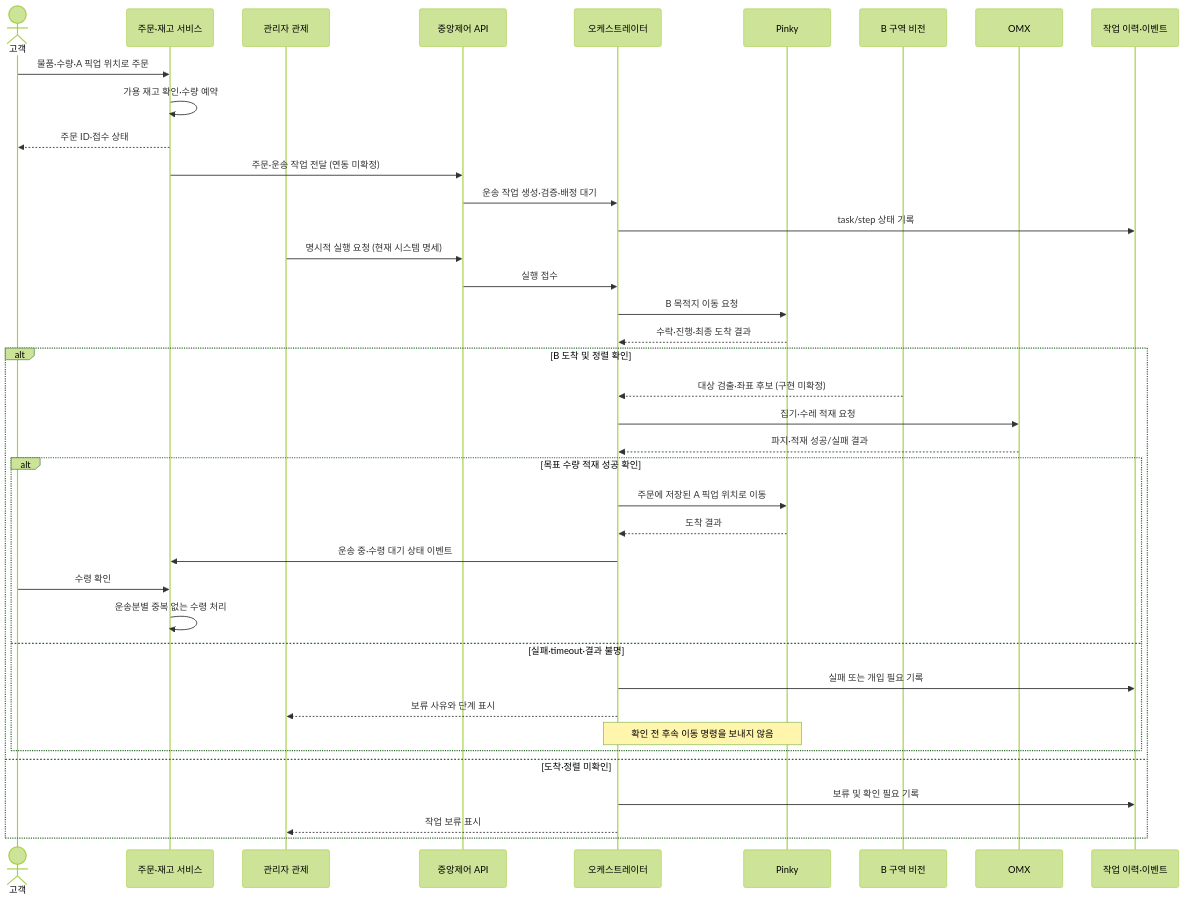
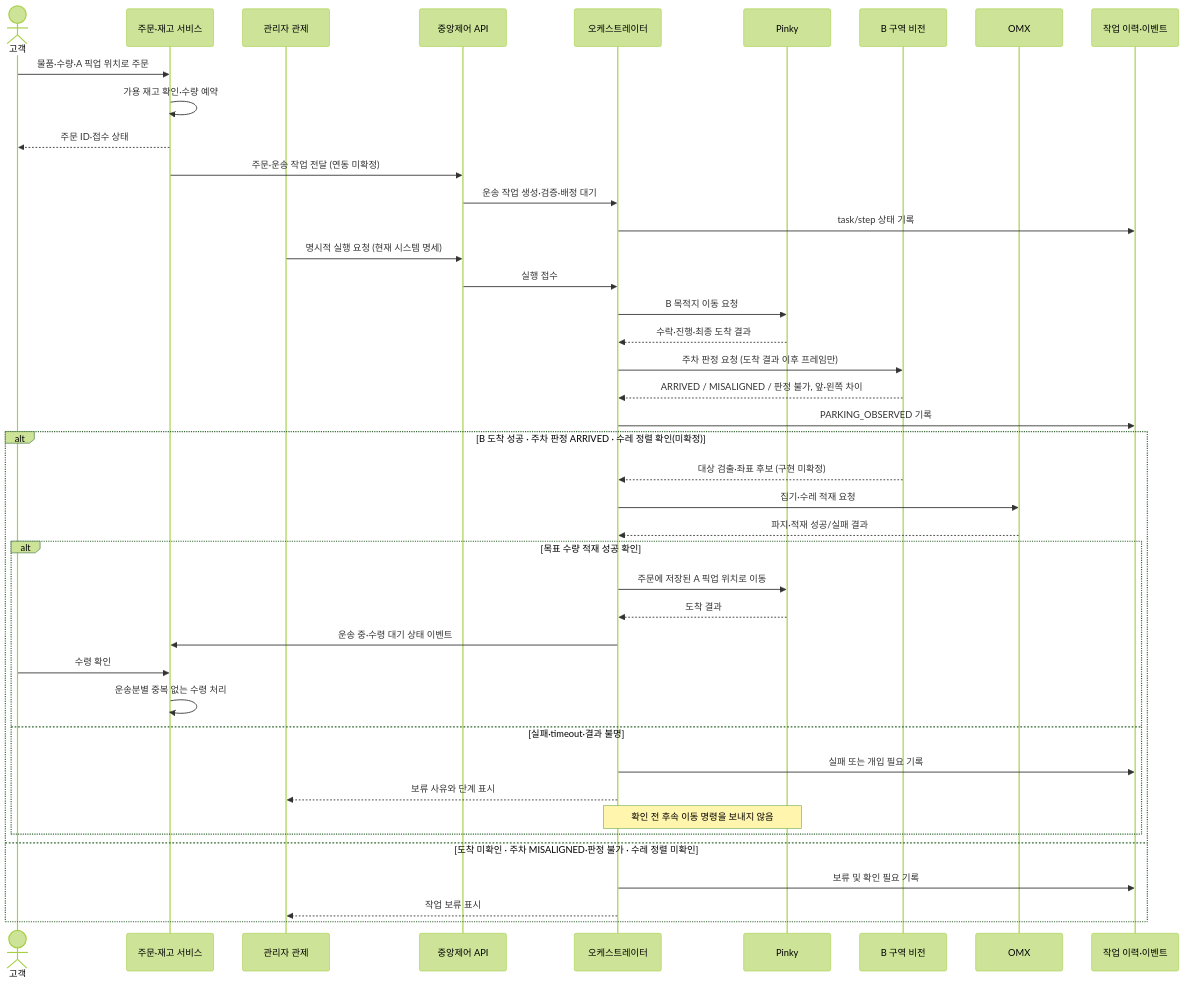
One commit to kernel-robot-8th/kernel-robot-repo-3 changed the third of 3 diagrams in docs/spec/data-flow.md. Above: the diagram before and after it, drawn with Mermaid (forest theme). The commit also changed other lines of this file and 14 other files, not shown here.

````diff
--- a/docs/spec/data-flow.md
+++ b/docs/spec/data-flow.md
@@ -145,43 +152,46 @@
 ```mermaid
 sequenceDiagram
     actor Customer as 고객
     participant Order as 주문·재고 서비스
     participant Admin as 관리자 관제
     participant API as 중앙제어 API
     participant O as 오케스트레이터
     participant P as Pinky
     participant V as B 구역 비전
     participant X as OMX
     participant H as 작업 이력·이벤트
 
     Customer->>Order: 물품·수량·A 픽업 위치로 주문
     Order->>Order: 가용 재고 확인·수량 예약
     Order-->>Customer: 주문 ID·접수 상태
     Order->>API: 주문·운송 작업 전달 (연동 미확정)
     API->>O: 운송 작업 생성·검증·배정 대기
     O->>H: task/step 상태 기록
     Admin->>API: 명시적 실행 요청 (현재 시스템 명세)
     API->>O: 실행 접수
     O->>P: B 목적지 이동 요청
     P-->>O: 수락·진행·최종 도착 결과
+    O->>V: 주차 판정 요청 (도착 결과 이후 프레임만)
+    V-->>O: ARRIVED / MISALIGNED / 판정 불가, 앞·왼쪽 차이
+    O->>H: PARKING_OBSERVED 기록
 
-    alt B 도착 및 정렬 확인
+    alt B 도착 성공 · 주차 판정 ARRIVED · 수레 정렬 확인(미확정)
         V-->>O: 대상 검출·좌표 후보 (구현 미확정)
         O->>X: 집기·수레 적재 요청
         X-->>O: 파지·적재 성공/실패 결과
         alt 목표 수량 적재 성공 확인
             O->>P: 주문에 저장된 A 픽업 위치로 이동
             P-->>O: 도착 결과
             O->>Order: 운송 중·수령 대기 상태 이벤트
             Customer->>Order: 수령 확인
             Order->>Order: 운송분별 중복 없는 수령 처리
         else 실패·timeout·결과 불명
             O->>H: 실패 또는 개입 필요 기록
             O-->>Admin: 보류 사유와 단계 표시
             Note over O,P: 확인 전 후속 이동 명령을 보내지 않음
         end
-    else 도착·정렬 미확인
+    else 도착 미확인 · 주차 MISALIGNED·판정 불가 · 수레 정렬 미확인
         O->>H: 보류 및 확인 필요 기록
         O-->>Admin: 작업 보류 표시
     end
 ```
````
